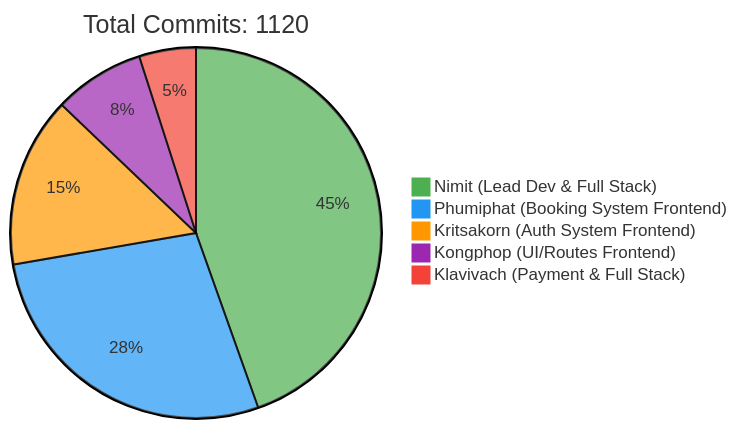
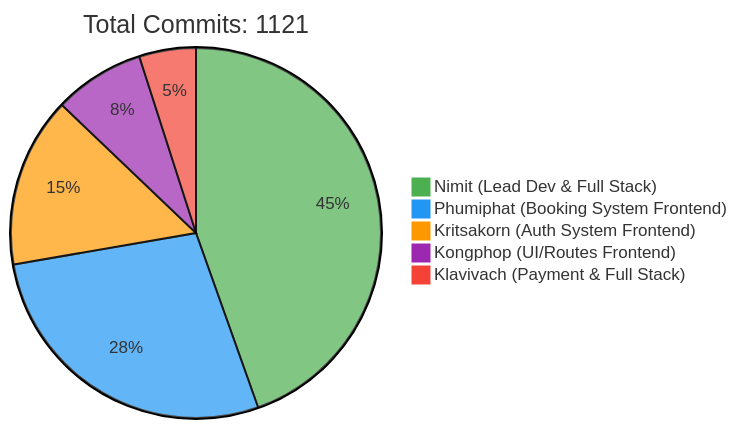
Before and after one commit to 6531503042/Sport-Complex: the first of 2 diagrams in README.md, drawn with Mermaid. The commit also changed other lines of this file, not shown here.

Commit message:
docs: Update contributor statistics [skip ci]

````diff
--- a/README.md
+++ b/README.md
@@ -257,10 +257,10 @@
 ```mermaid
 %%{init: {'theme': 'base', 'themeVariables': { 'pie1': '#4CAF50', 'pie2': '#2196F3', 'pie3': '#FF9800', 'pie4': '#9C27B0', 'pie5': '#F44336'}}}%%
 pie
-    title Total Commits: 1120
+    title Total Commits: 1121
     "Nimit (Lead Dev & Full Stack)" : 450
     "Phumiphat (Booking System Frontend)" : 280
     "Kritsakorn (Auth System Frontend)" : 150
     "Kongphop (UI/Routes Frontend)" : 80
     "Klavivach (Payment & Full Stack)" : 50
 ```
````
